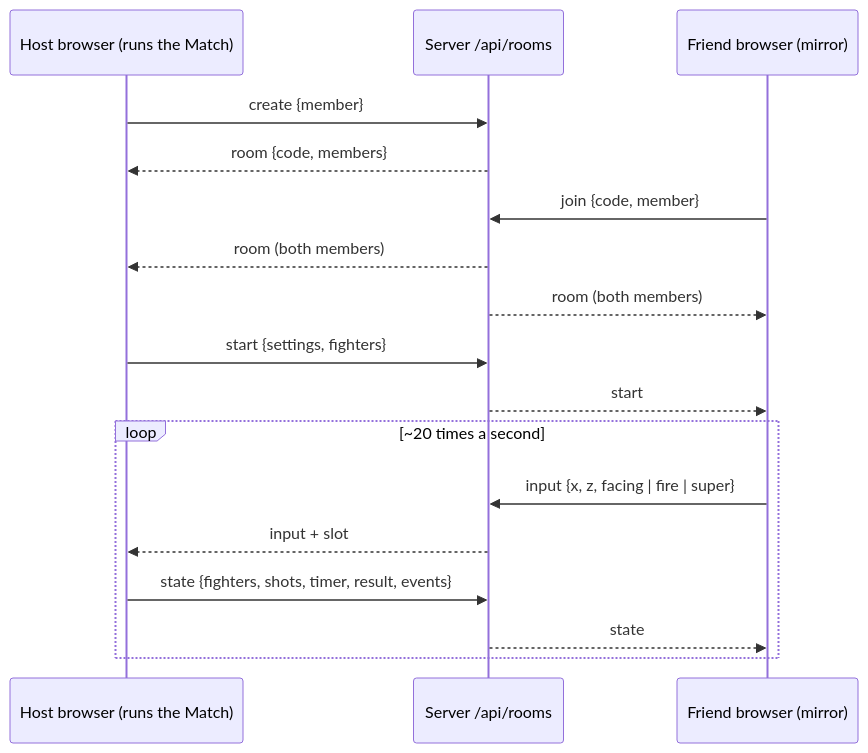
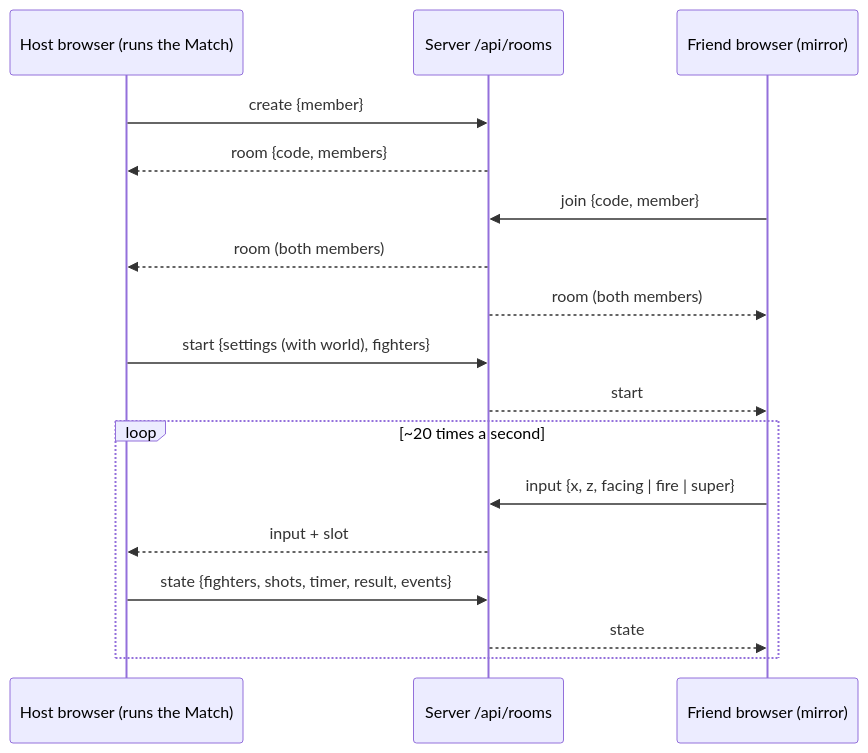
Before and after one commit to martinnordio/hack_star: the second of 2 diagrams in docs/architecture.md, drawn with Mermaid. The commit also changed other lines of this file and 2 other files, not shown here.

````diff
--- a/docs/architecture.md
+++ b/docs/architecture.md
@@ -195,19 +270,19 @@
 ```mermaid
 sequenceDiagram
   participant H as Host browser (runs the Match)
   participant S as Server /api/rooms
   participant F as Friend browser (mirror)
   H->>S: create {member}
   S-->>H: room {code, members}
   F->>S: join {code, member}
   S-->>H: room (both members)
   S-->>F: room (both members)
-  H->>S: start {settings, fighters}
+  H->>S: start {settings (with world), fighters}
   S-->>F: start
   loop ~20 times a second
     F->>S: input {x, z, facing | fire | super}
     S-->>H: input + slot
     H->>S: state {fighters, shots, timer, result, events}
     S-->>F: state
   end
 ```
````
